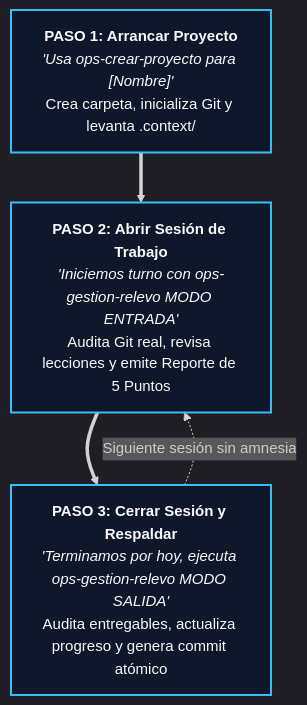
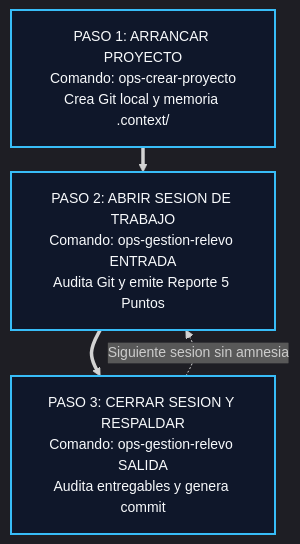
The first of 4 diagrams in README.md (eddvasquez/agent-ops-core), drawn with Mermaid before and after one commit. The commit also changed other lines of this file, not shown here.

Commit message:
fix(diagrams): eliminar tags html en nodos, inyectar minNodeWidth y padding para erradicar truncamiento

````diff
--- a/README.md
+++ b/README.md
@@ -69,13 +69,13 @@
 ```mermaid
-%%{init: {'theme': 'dark', 'themeVariables': { 'fontSize': '15px' }}}%%
+%%{init: {'theme': 'dark', 'themeVariables': { 'fontSize': '14px' }, 'flowchart': { 'minNodeWidth': 280, 'nodeSpacing': 25, 'rankSpacing': 25, 'padding': 16 }}}%%
 flowchart TD
-    Paso1["<b>PASO 1: Arrancar Proyecto</b><br><i>'Usa ops-crear-proyecto para [Nombre]'</i><br>Crea carpeta, inicializa Git y levanta .context/"]
-    Paso2["<b>PASO 2: Abrir Sesión de Trabajo</b><br><i>'Iniciemos turno con ops-gestion-relevo MODO ENTRADA'</i><br>Audita Git real, revisa lecciones y emite Reporte de 5 Puntos"]
-    Paso3["<b>PASO 3: Cerrar Sesión y Respaldar</b><br><i>'Terminamos por hoy, ejecuta ops-gestion-relevo MODO SALIDA'</i><br>Audita entregables, actualiza progreso y genera commit atómico"]
+    Paso1["PASO 1: ARRANCAR PROYECTO<br>Comando: ops-crear-proyecto<br>Crea Git local y memoria .context/"]
+    Paso2["PASO 2: ABRIR SESION DE TRABAJO<br>Comando: ops-gestion-relevo ENTRADA<br>Audita Git y emite Reporte 5 Puntos"]
+    Paso3["PASO 3: CERRAR SESION Y RESPALDAR<br>Comando: ops-gestion-relevo SALIDA<br>Audita entregables y genera commit"]
 
     Paso1 ==> Paso2 ==> Paso3
-    Paso3 -.->|"Siguiente sesión sin amnesia"| Paso2
+    Paso3 -.->|"Siguiente sesion sin amnesia"| Paso2
 
     classDef step fill:#0f172a,stroke:#38bdf8,stroke-width:2px,color:#f8fafc;
     class Paso1,Paso2,Paso3 step;
 ```
````
